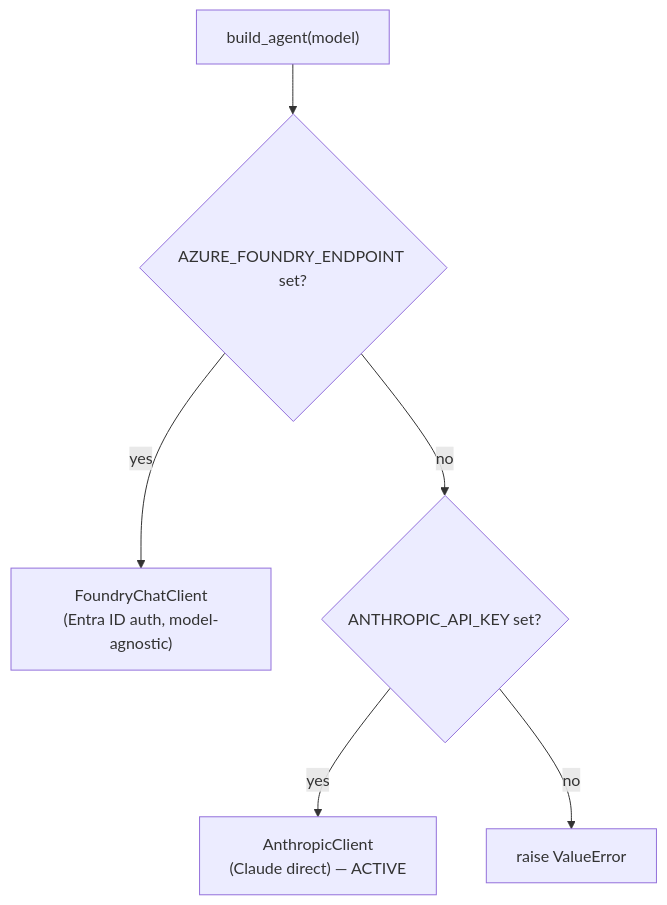
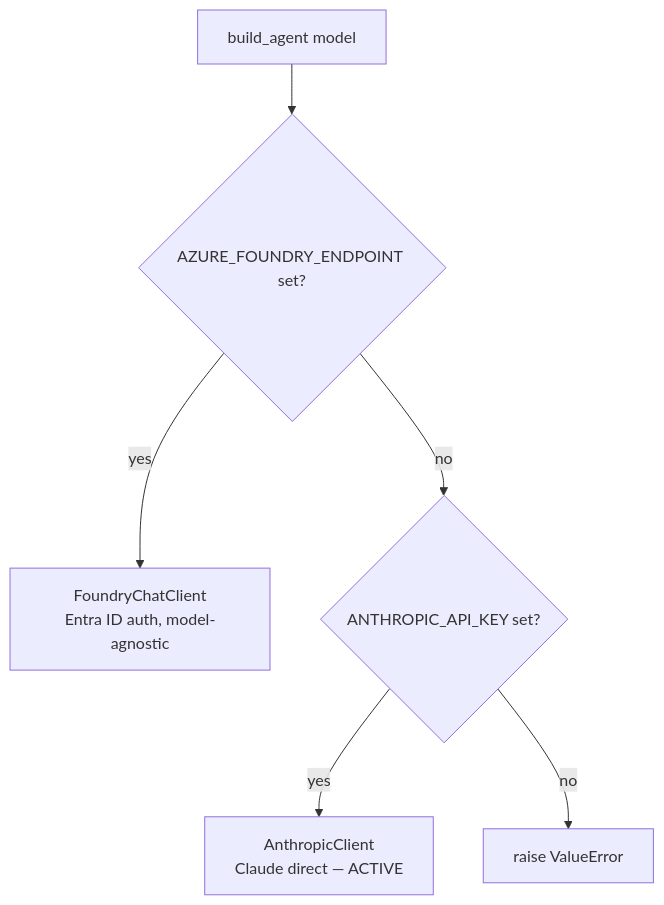
One commit to scopeta/futureself changed the fifth of 6 diagrams in ARCHITECTURE.md. Above: the diagram before and after it, drawn with Mermaid. The commit also changed other lines of this file, not shown here.

First line of the commit message:
docs: harden ARCHITECTURE.md mermaid for portable rendering

````diff
--- a/ARCHITECTURE.md
+++ b/ARCHITECTURE.md
@@ -206,8 +206,8 @@
 ```mermaid
 flowchart TD
-    Start["build_agent(model)"] --> Q{"AZURE_FOUNDRY_ENDPOINT set?"}
-    Q -->|"yes"| F["FoundryChatClient<br/>(Entra ID auth, model-agnostic)"]
+    Start["build_agent model"] --> Q{"AZURE_FOUNDRY_ENDPOINT set?"}
+    Q -->|"yes"| F["FoundryChatClient<br/>Entra ID auth, model-agnostic"]
     Q -->|"no"| Akey{"ANTHROPIC_API_KEY set?"}
-    Akey -->|"yes"| AC["AnthropicClient<br/>(Claude direct) — ACTIVE"]
+    Akey -->|"yes"| AC["AnthropicClient<br/>Claude direct — ACTIVE"]
     Akey -->|"no"| Err["raise ValueError"]
 ```
````
